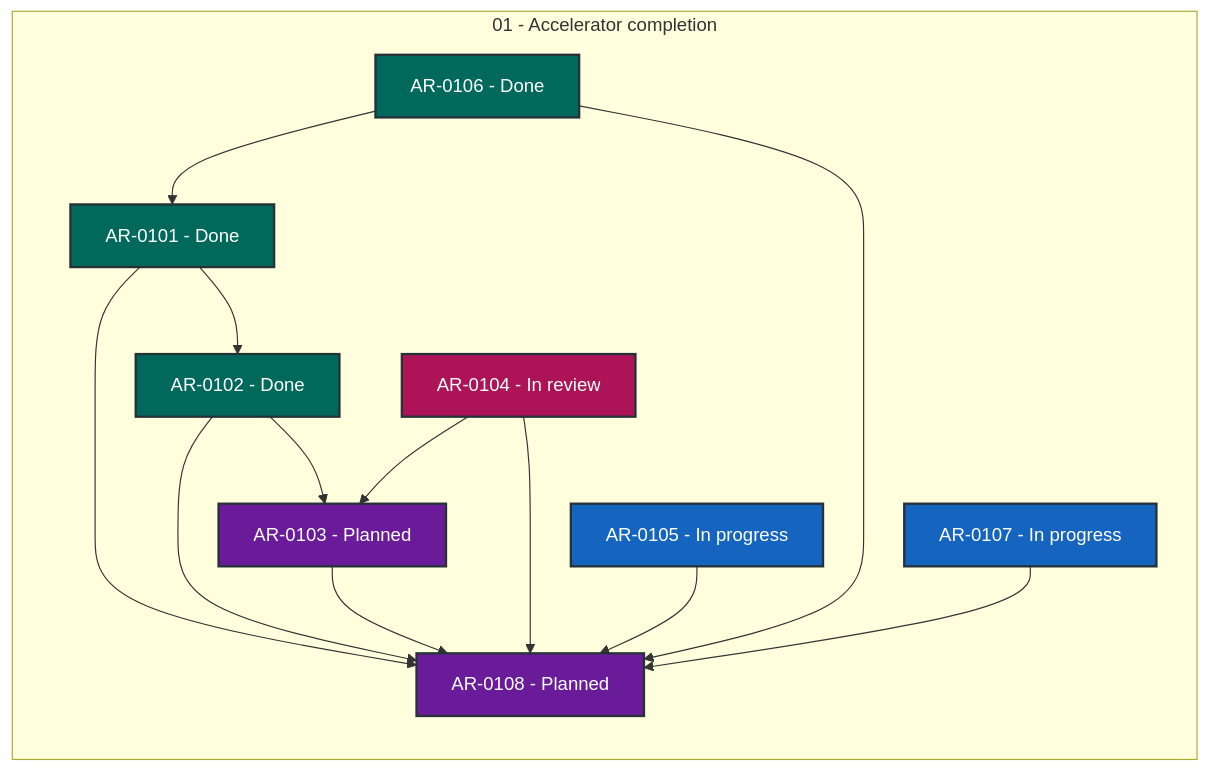
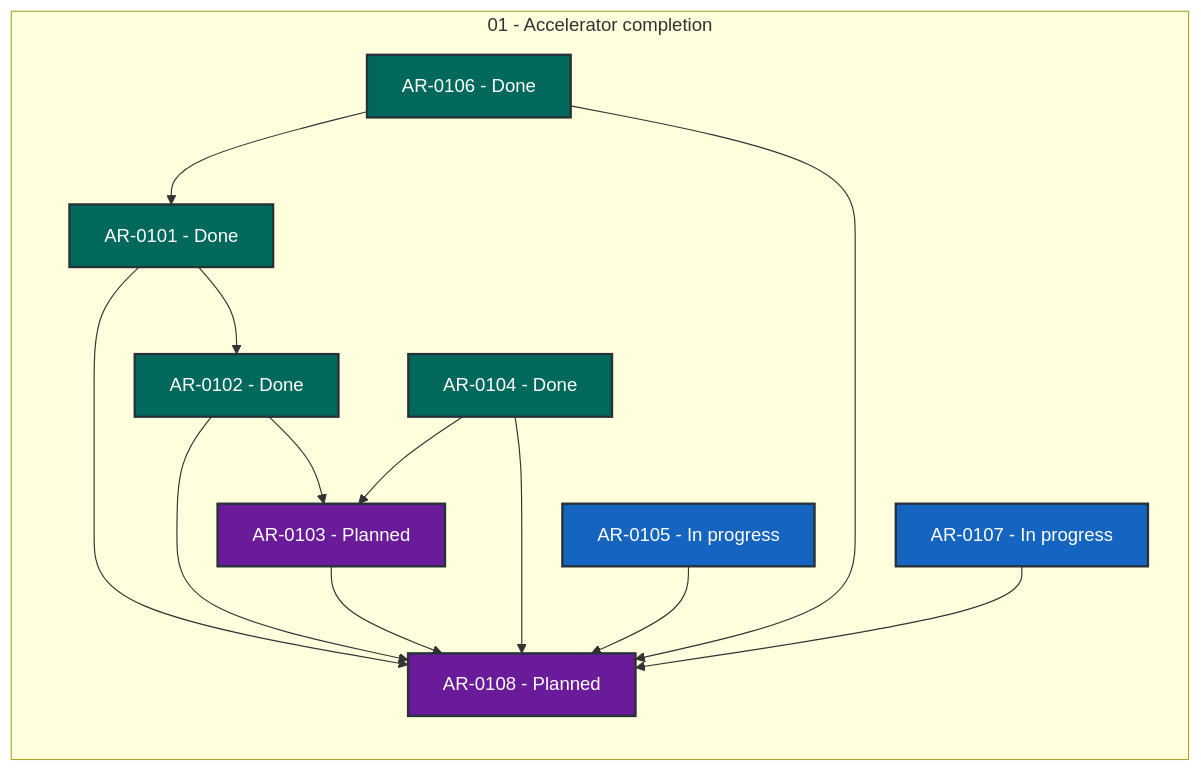
The diagram in coordination/STATUS.md (locutus3009/exgame), drawn with Mermaid before and after one commit. The commit also changed other lines of this file and 2 other files, not shown here.

Commit message:
chore(state): review AR-0104

````diff
--- a/coordination/STATUS.md
+++ b/coordination/STATUS.md
@@ -28,34 +28,34 @@
 ```mermaid
 flowchart LR
     subgraph series_01["01 - Accelerator completion"]
         direction TB
         AR_0101["AR-0101 - Done"]:::status_done
         AR_0102["AR-0102 - Done"]:::status_done
         AR_0103["AR-0103 - Planned"]:::status_planned
-        AR_0104["AR-0104 - In review"]:::status_in_review
+        AR_0104["AR-0104 - Done"]:::status_done
         AR_0105["AR-0105 - In progress"]:::status_in_progress
         AR_0106["AR-0106 - Done"]:::status_done
         AR_0107["AR-0107 - In progress"]:::status_in_progress
         AR_0108["AR-0108 - Planned"]:::status_planned
     end
     AR_0101 --> AR_0102
     AR_0101 --> AR_0108
     AR_0102 --> AR_0103
     AR_0102 --> AR_0108
     AR_0103 --> AR_0108
     AR_0104 --> AR_0103
     AR_0104 --> AR_0108
     AR_0105 --> AR_0108
     AR_0106 --> AR_0101
     AR_0106 --> AR_0108
     AR_0107 --> AR_0108
     classDef status_in_progress fill:#1565c0,color:#ffffff,stroke:#263238,stroke-width:2px
     classDef status_in_review fill:#ad1457,color:#ffffff,stroke:#263238,stroke-width:2px
     classDef status_open fill:#2e7d32,color:#ffffff,stroke:#263238,stroke-width:2px
     classDef status_blocked fill:#c62828,color:#ffffff,stroke:#263238,stroke-width:2px
     classDef status_planned fill:#6a1b9a,color:#ffffff,stroke:#263238,stroke-width:2px
     classDef status_future fill:#455a64,color:#ffffff,stroke:#263238,stroke-width:2px
     classDef status_done fill:#00695c,color:#ffffff,stroke:#263238,stroke-width:2px
     classDef status_cancelled fill:#616161,color:#ffffff,stroke:#263238,stroke-width:2px
     classDef status_superseded fill:#5d4037,color:#ffffff,stroke:#263238,stroke-width:2px
 ```
````
